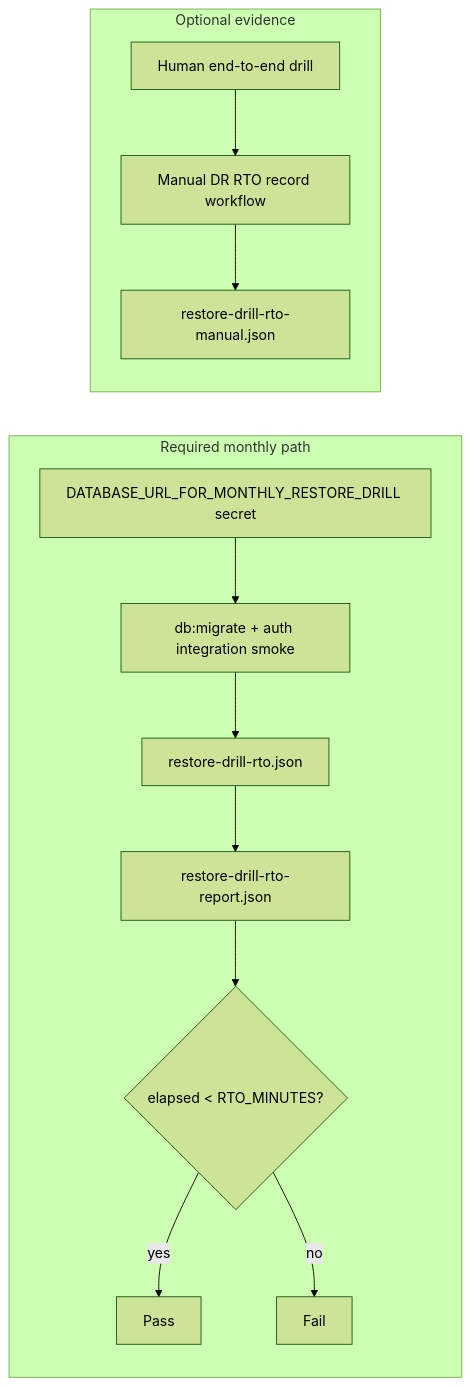
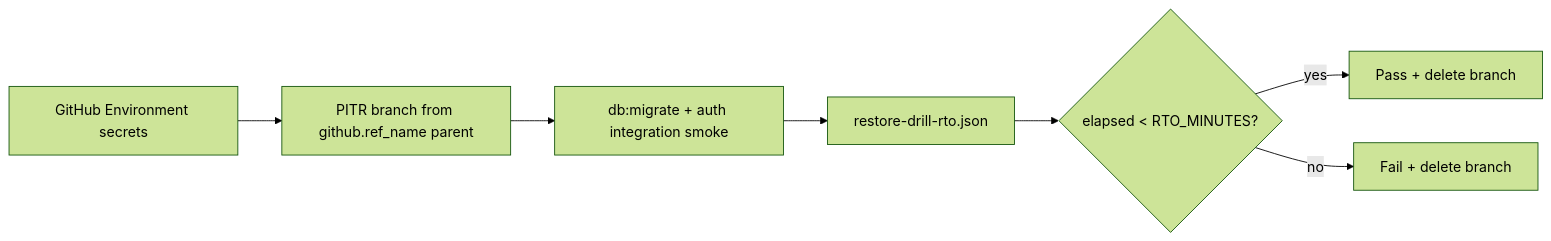
One commit to nikunjmavani/core-be changed the diagram in docs/process/backup-drills.md. Above: the diagram before and after it, drawn with Mermaid (forest theme). The commit also changed other lines of this file and 56 other files, not shown here.

First line of the commit message:
ci: split PR/post-merge lanes, automate restore drill, sync Neon env vars

````diff
--- a/docs/process/backup-drills.md
+++ b/docs/process/backup-drills.md
@@ -30,15 +21,9 @@
 ```mermaid
 flowchart LR
-  subgraph required [Required monthly path]
-    A[DATABASE_URL_FOR_MONTHLY_RESTORE_DRILL secret] --> B[db:migrate + auth integration smoke]
-    B --> C[restore-drill-rto.json]
-    C --> D[restore-drill-rto-report.json]
-    D --> E{elapsed < RTO_MINUTES?}
-    E -->|yes| F[Pass]
-    E -->|no| G[Fail]
-  end
-  subgraph optional [Optional evidence]
-    H[Human end-to-end drill] --> I[Manual DR RTO record workflow]
-    I --> J[restore-drill-rto-manual.json]
-  end
+  A[GitHub Environment secrets] --> B["PITR branch from github.ref_name parent"]
+  B --> C[db:migrate + auth integration smoke]
+  C --> D[restore-drill-rto.json]
+  D --> E{elapsed < RTO_MINUTES?}
+  E -->|yes| F[Pass + delete branch]
+  E -->|no| G[Fail + delete branch]
 ```
````
